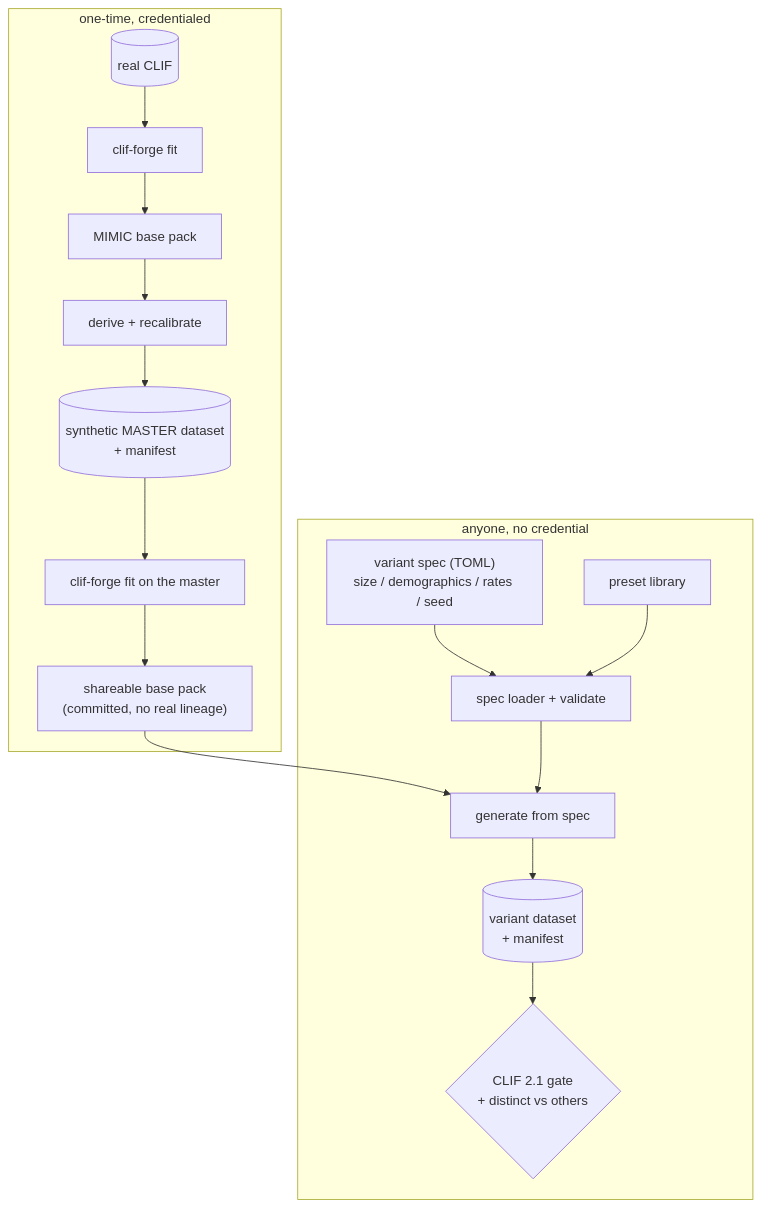
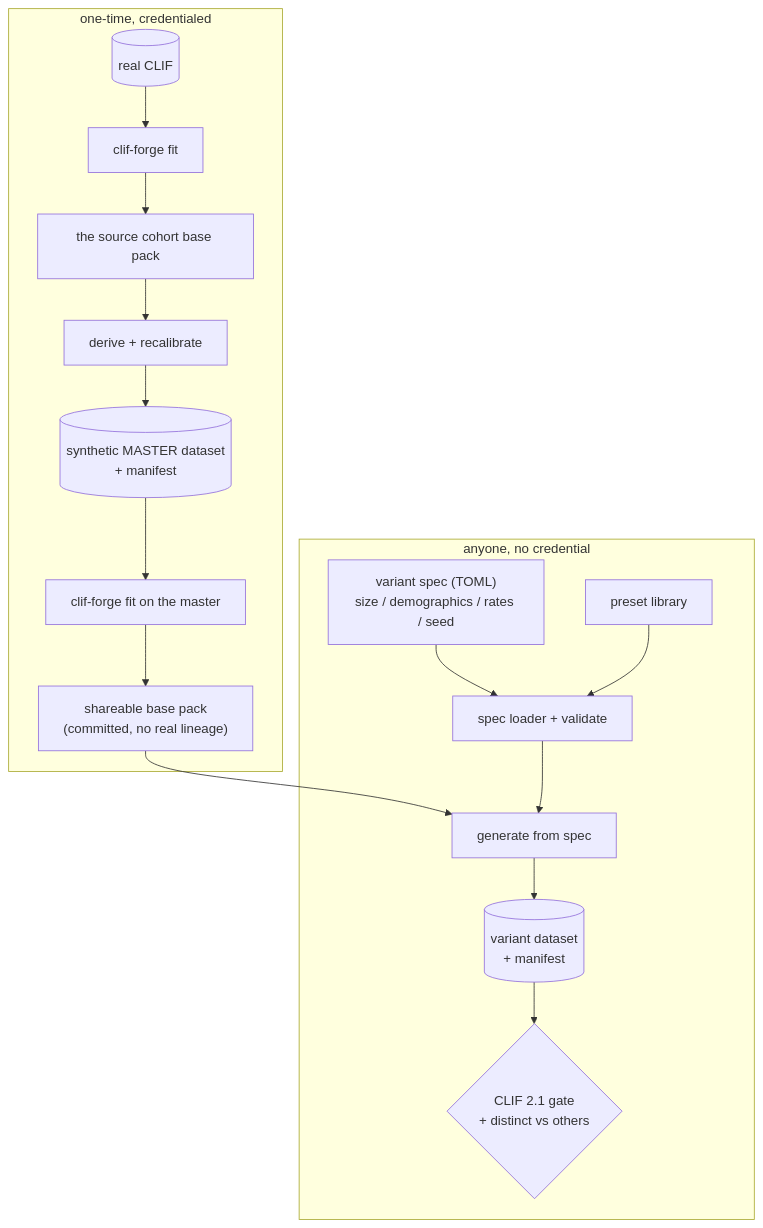
Before and after one commit to riccc-rush-lab/clif_synthetic_2.1: the diagram in docs/plans/2026-07-25-002-feat-master-dataset-and-derivatives-plan.md, drawn with Mermaid. The commit also changed other lines of this file and 26 other files, not shown here.

````diff
--- a/docs/plans/2026-07-25-002-feat-master-dataset-and-derivatives-plan.md
+++ b/docs/plans/2026-07-25-002-feat-master-dataset-and-derivatives-plan.md
@@ -108,16 +108,16 @@
 ```mermaid
 flowchart TD
     subgraph AUTHORING [one-time, credentialed]
-      REAL[("real CLIF")] --> FIT1["clif-forge fit"] --> BASE["MIMIC base pack"]
+      REAL[("real CLIF")] --> FIT1["clif-forge fit"] --> BASE["the source cohort base pack"]
       BASE --> DERIVE["derive + recalibrate"] --> MASTER[("synthetic MASTER dataset<br>+ manifest")]
       MASTER --> FIT2["clif-forge fit on the master"] --> SHARE["shareable base pack<br>(committed, no real lineage)"]
     end
     subgraph OPEN [anyone, no credential]
       SPEC["variant spec (TOML)<br>size / demographics / rates / seed"] --> LOADER["spec loader + validate"]
       PRESET["preset library"] --> LOADER
       SHARE --> GEN
       LOADER --> GEN["generate from spec"]
       GEN --> VAR[("variant dataset<br>+ manifest")]
       VAR --> GATE{"CLIF 2.1 gate<br>+ distinct vs others"}
     end
 ```
````
